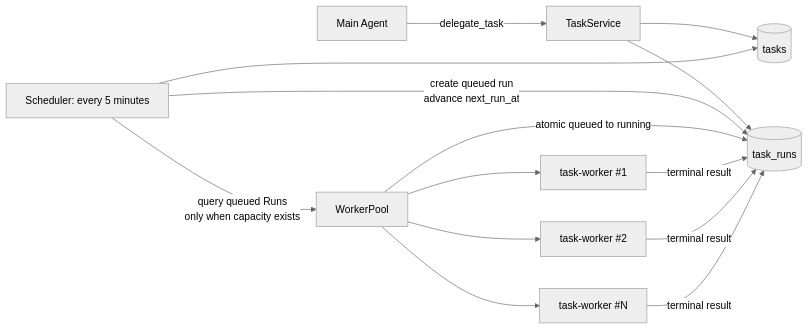
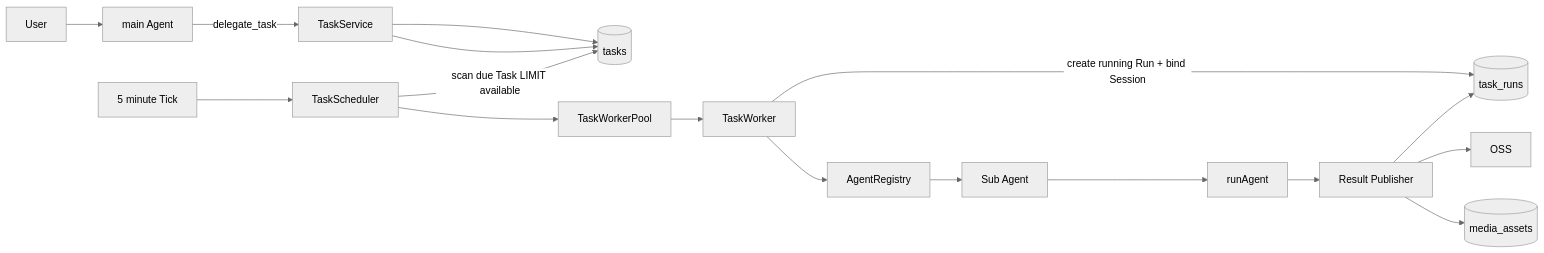
One commit to huiru-wang/fanto changed the first of 5 diagrams in plan/2026-09-26-agent-task-system.md. Above: the diagram before and after it, drawn with Mermaid (neutral theme). The commit also changed other lines of this file and 75 other files, not shown here.

Commit message:
feat: add agent task system and Apple sign-in

````diff
--- a/plan/2026-09-26-agent-task-system.md
+++ b/plan/2026-09-26-agent-task-system.md
@@ -40,16 +36,20 @@
 ```mermaid
 flowchart LR
-    M[Main Agent] -->|delegate_task| SVC[TaskService]
-    SVC --> TASKS[(tasks)]
-    SVC --> RUNS[(task_runs)]
-    SCH[Scheduler: every 5 minutes] --> TASKS
-    SCH -->|create queued run<br/>advance next_run_at| RUNS
-    SCH -->|query queued Runs<br/>only when capacity exists| POOL[WorkerPool]
-    POOL -->|atomic queued to running| RUNS
-    POOL --> W1[task-worker #1]
-    POOL --> W2[task-worker #2]
-    POOL --> WN[task-worker #N]
-    W1 -->|terminal result| RUNS
-    W2 -->|terminal result| RUNS
-    WN -->|terminal result| RUNS
+    U[User] --> MAIN[main Agent]
+    MAIN -->|delegate_task| TS[TaskService]
+    TS --> T[(tasks)]
+    TS --> T
+    TIMER[5 minute Tick] --> SCH[TaskScheduler]
+    SCH -->|scan due Task LIMIT available| T
+    SCH --> POOL[TaskWorkerPool]
+    POOL --> WORKER[TaskWorker]
+    WORKER -->|create running Run + bind Session| R[(task_runs)]
+    WORKER --> REG[AgentRegistry]
+    REG --> SUB[Sub Agent]
+    SUB --> RUN[runAgent]
+    RUN --> RESULT[Result Publisher]
+    RESULT --> OSS[OSS]
+    RESULT --> MEDIA[(media_assets)]
+    RESULT --> R
+
 ```
````
